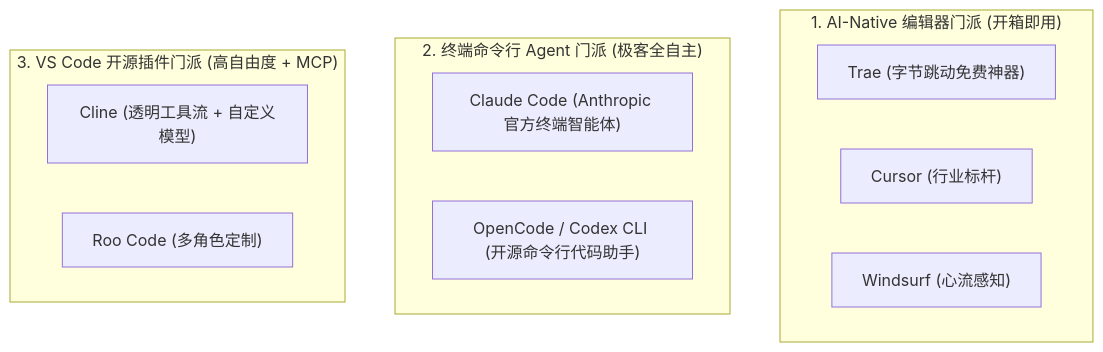
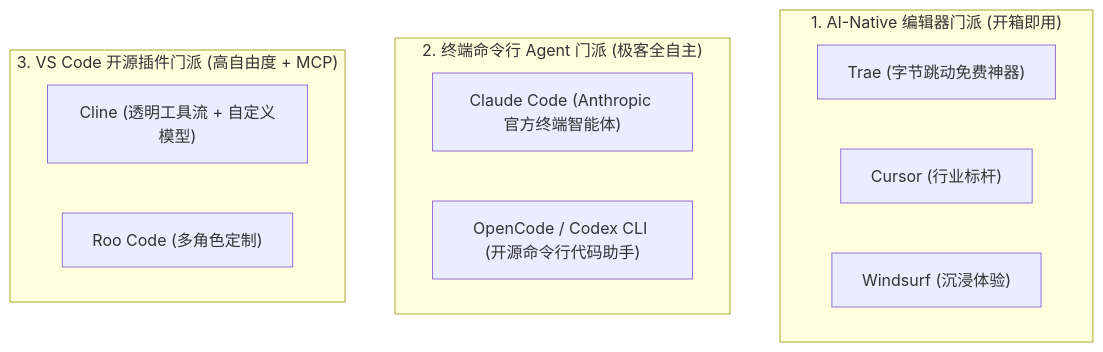
The diagram in 03_脚手架搭建/04_主流Agent工具链下载与配置.md (buffer121328/vibe-coding-and-agents), drawn with Mermaid before and after one commit. The commit also changed 41 other files, not shown here.

````diff
--- a/03_脚手架搭建/04_主流Agent工具链下载与配置.md
+++ b/03_脚手架搭建/04_主流Agent工具链下载与配置.md
@@ -9,18 +9,18 @@
 ```mermaid
 graph TD
     subgraph IDE ["1. AI-Native 编辑器门派 (开箱即用)"]
         T1["Trae (字节跳动免费神器)"]
         T2["Cursor (行业标杆)"]
-        T3["Windsurf (心流感知)"]
+        T3["Windsurf (沉浸体验)"]
     end
 
     subgraph CLI ["2. 终端命令行 Agent 门派 (极客全自主)"]
         C1["Claude Code (Anthropic 官方终端智能体)"]
         C2["OpenCode / Codex CLI (开源命令行代码助手)"]
     end
 
     subgraph Ext ["3. VS Code 开源插件门派 (高自由度 + MCP)"]
         E1["Cline (透明工具流 + 自定义模型)"]
         E2["Roo Code (多角色定制)"]
     end
 ```
````
